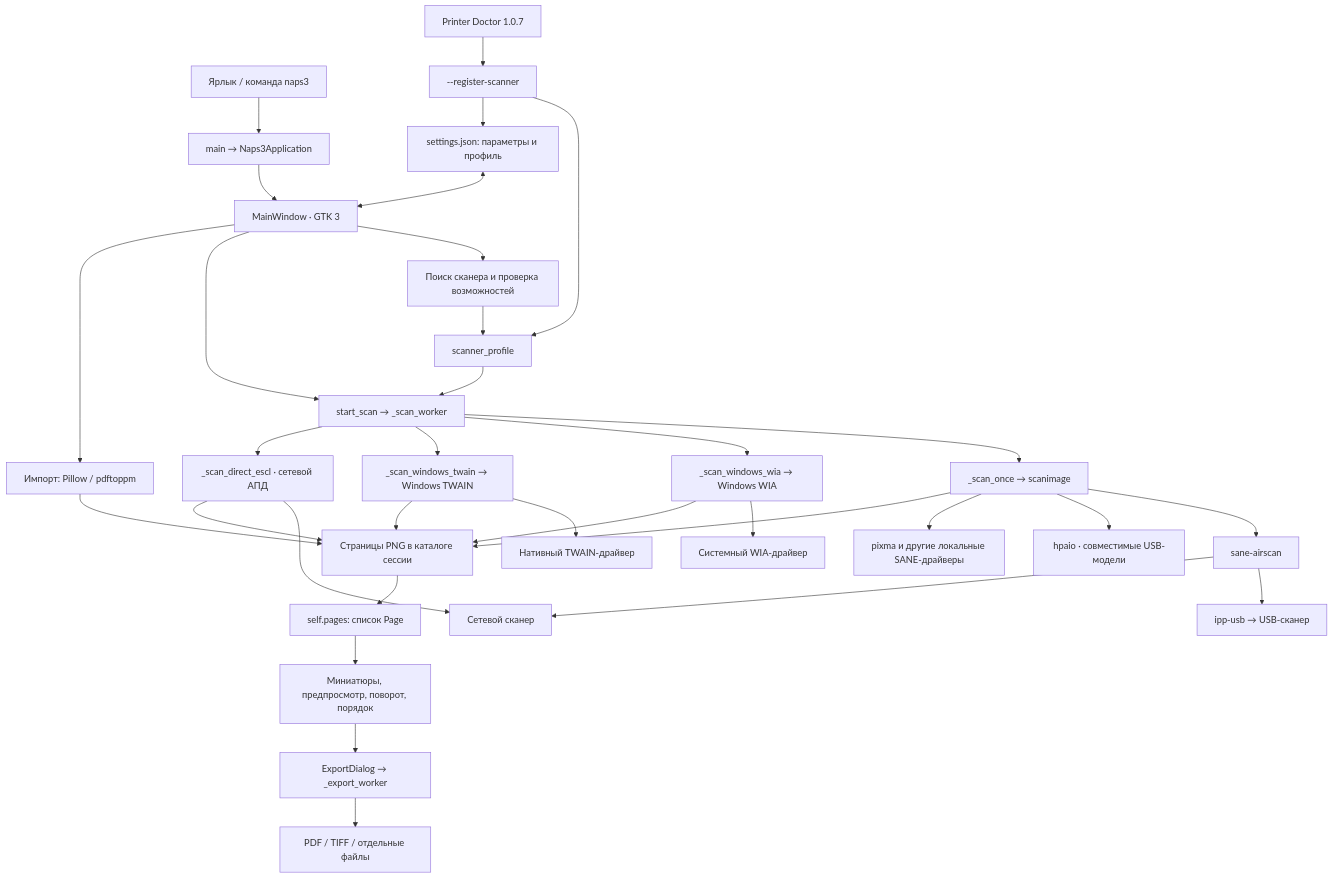
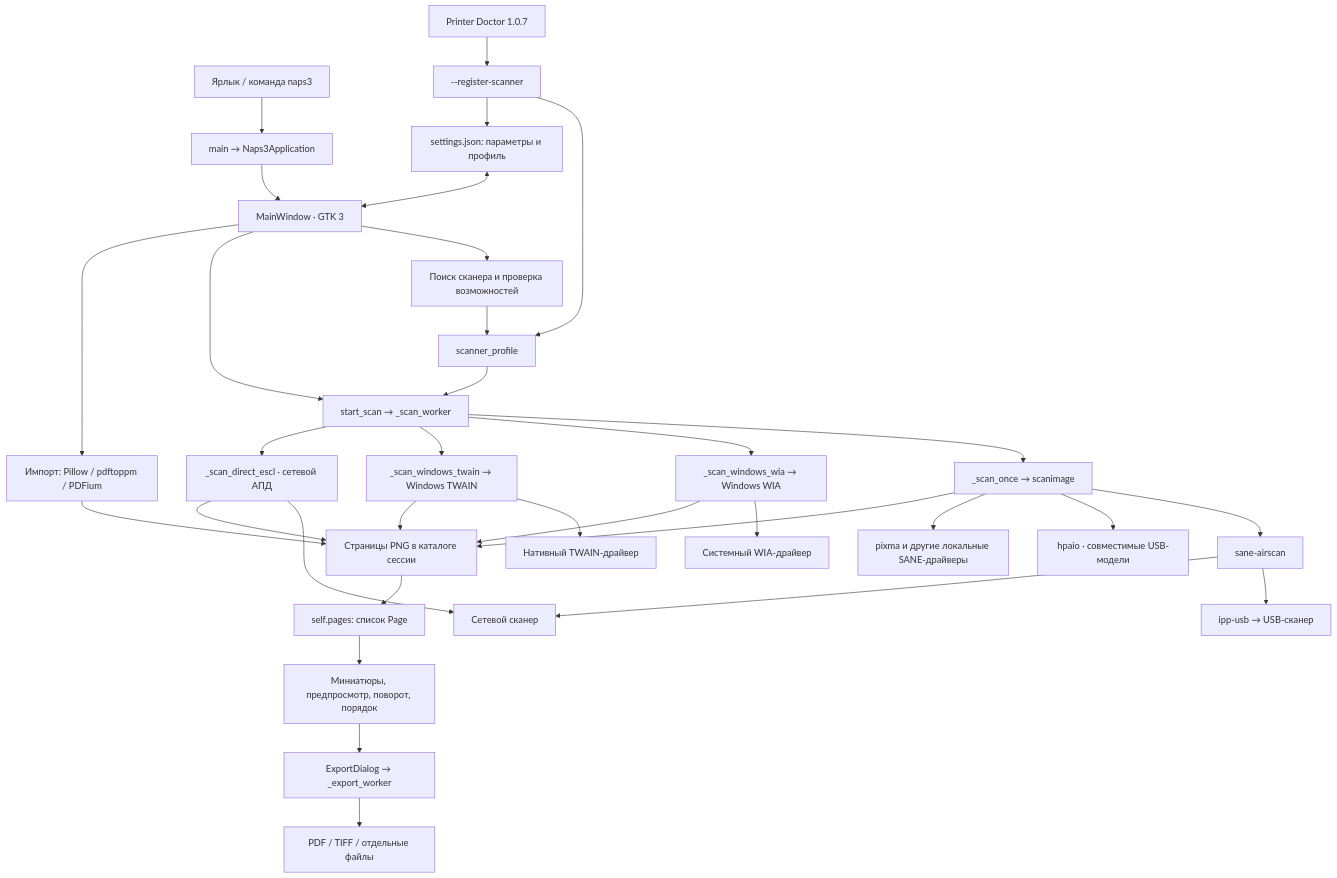
Before and after one commit to Kostya5232/naps3-redos: the first of 3 diagrams in PROGRAM_MAP.md, drawn with Mermaid. The commit also changed other lines of this file and 4 other files, not shown here.

````diff
--- a/PROGRAM_MAP.md
+++ b/PROGRAM_MAP.md
@@ -13,35 +13,35 @@
 ```mermaid
 flowchart TD
     Launch["Ярлык / команда naps3"] --> Main["main → Naps3Application"]
     Doctor["Printer Doctor 1.0.7"] --> Register["--register-scanner"]
     Register --> Profile
     Register --> Settings
     Main --> UI["MainWindow · GTK 3"]
     Settings["settings.json: параметры и профиль"] <--> UI
     UI --> Discovery["Поиск сканера и проверка возможностей"]
     Discovery --> Profile["scanner_profile"]
     UI --> Scan["start_scan → _scan_worker"]
     Profile --> Scan
     Scan --> SANE["_scan_once → scanimage"]
     Scan --> WIA["_scan_windows_wia → Windows WIA"]
     Scan --> Twain["_scan_windows_twain → Windows TWAIN"]
     Scan --> ESCL["_scan_direct_escl · сетевой АПД"]
     SANE --> Airscan["sane-airscan"]
     SANE --> Hpaio["hpaio · совместимые USB-модели"]
     SANE --> Vendor["pixma и другие локальные SANE-драйверы"]
     Airscan --> Proxy["ipp-usb → USB-сканер"]
     Airscan --> Network["Сетевой сканер"]
     ESCL --> Network
     WIA --> WinDriver["Системный WIA-драйвер"]
     Twain --> TwainDriver["Нативный TWAIN-драйвер"]
     SANE --> PNG["Страницы PNG в каталоге сессии"]
     WIA --> PNG
     Twain --> PNG
     ESCL --> PNG
-    UI --> Import["Импорт: Pillow / pdftoppm"]
+    UI --> Import["Импорт: Pillow / pdftoppm / PDFium"]
     Import --> PNG
     PNG --> Pages["self.pages: список Page"]
     Pages --> Edit["Миниатюры, предпросмотр, поворот, порядок"]
     Edit --> Export["ExportDialog → _export_worker"]
     Export --> Files["PDF / TIFF / отдельные файлы"]
 ```
````
